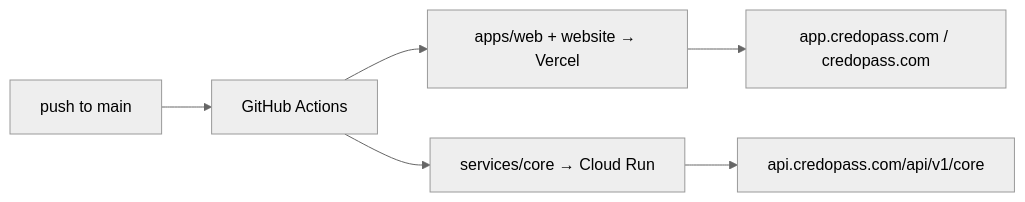
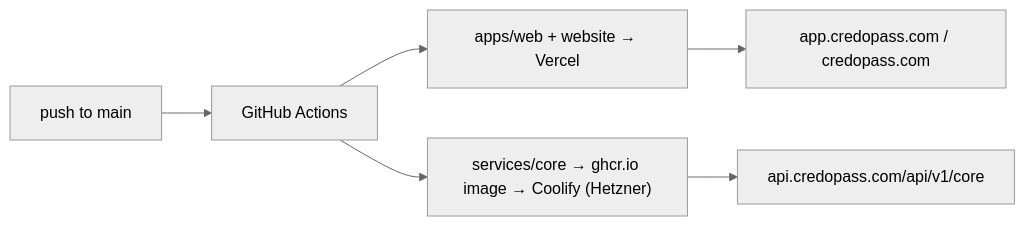
One commit to codewreaker/credopass changed the fourth of 4 diagrams in README.md. Above: the diagram before and after it, drawn with Mermaid (neutral theme). The commit also changed other lines of this file and 14 other files, not shown here.

````diff
--- a/README.md
+++ b/README.md
@@ -314,8 +314,8 @@
 ```mermaid
 flowchart LR
     Push["push to main"] --> GH["GitHub Actions"]
     GH --> V["apps/web + website → Vercel"]
-    GH --> CR["services/core → Cloud Run"]
+    GH --> CR["services/core → ghcr.io image → Coolify (Hetzner)"]
     V --> App["app.credopass.com / credopass.com"]
     CR --> Api["api.credopass.com/api/v1/core"]
 ```
````
